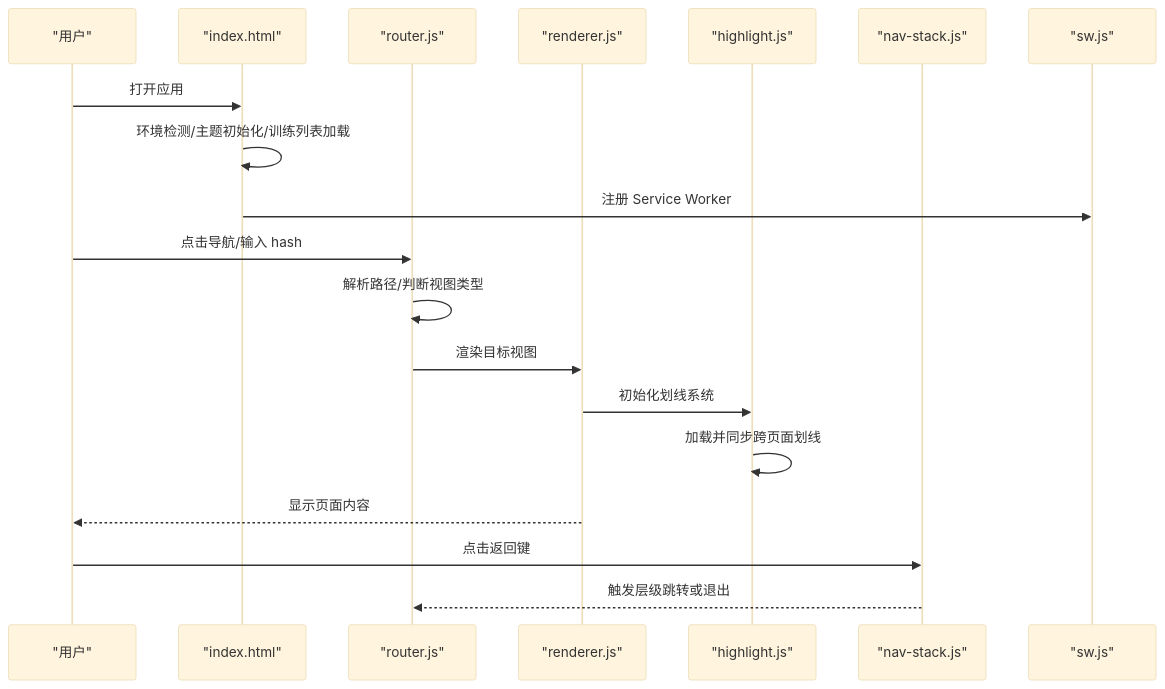
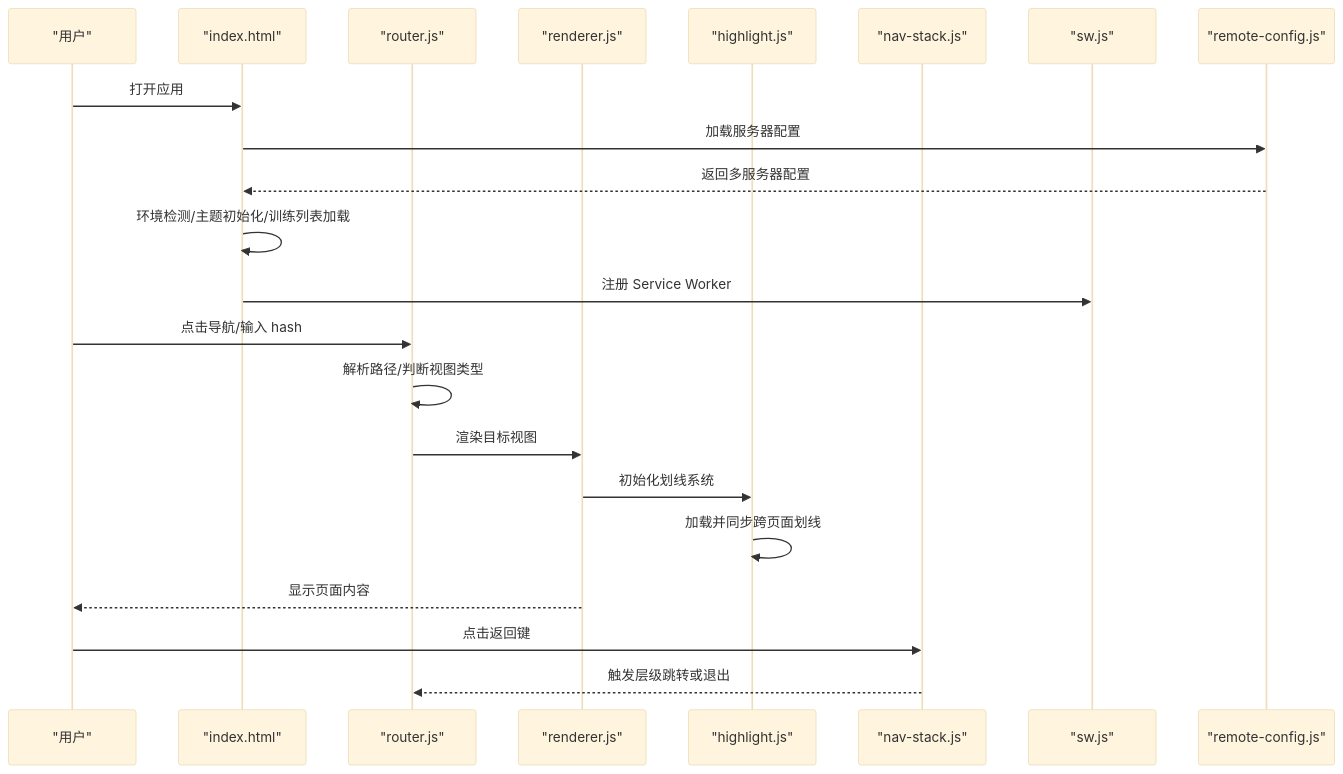
One commit to zhao-zg/cx changed the second of 11 diagrams in .qoder/repowiki/zh/content/高级功能/前端功能.md. Above: the diagram before and after it, drawn with Mermaid (base theme). The commit also changed other lines of this file and 33 other files, not shown here.

````diff
--- a/.qoder/repowiki/zh/content/高级功能/前端功能.md
+++ b/.qoder/repowiki/zh/content/高级功能/前端功能.md
@@ -109,21 +124,24 @@
 ```mermaid
 sequenceDiagram
 participant U as "用户"
 participant IDX as "index.html"
 participant R as "router.js"
 participant RN as "renderer.js"
 participant HL as "highlight.js"
 participant NS as "nav-stack.js"
 participant SW as "sw.js"
+participant RC as "remote-config.js"
 U->>IDX : 打开应用
+IDX->>RC : 加载服务器配置
+RC-->>IDX : 返回多服务器配置
 IDX->>IDX : 环境检测/主题初始化/训练列表加载
 IDX->>SW : 注册 Service Worker
 U->>R : 点击导航/输入 hash
 R->>R : 解析路径/判断视图类型
 R->>RN : 渲染目标视图
 RN->>HL : 初始化划线系统
 HL->>HL : 加载并同步跨页面划线
 RN-->>U : 显示页面内容
 U->>NS : 点击返回键
 NS-->>R : 触发层级跳转或退出
 ```
````
